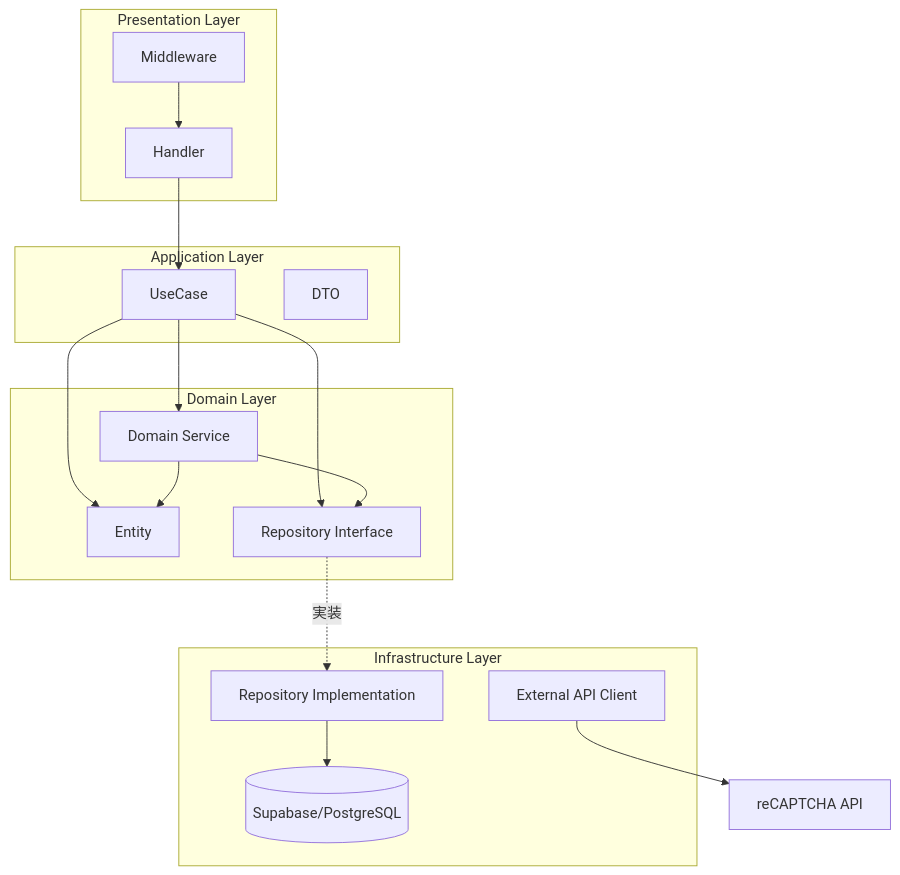
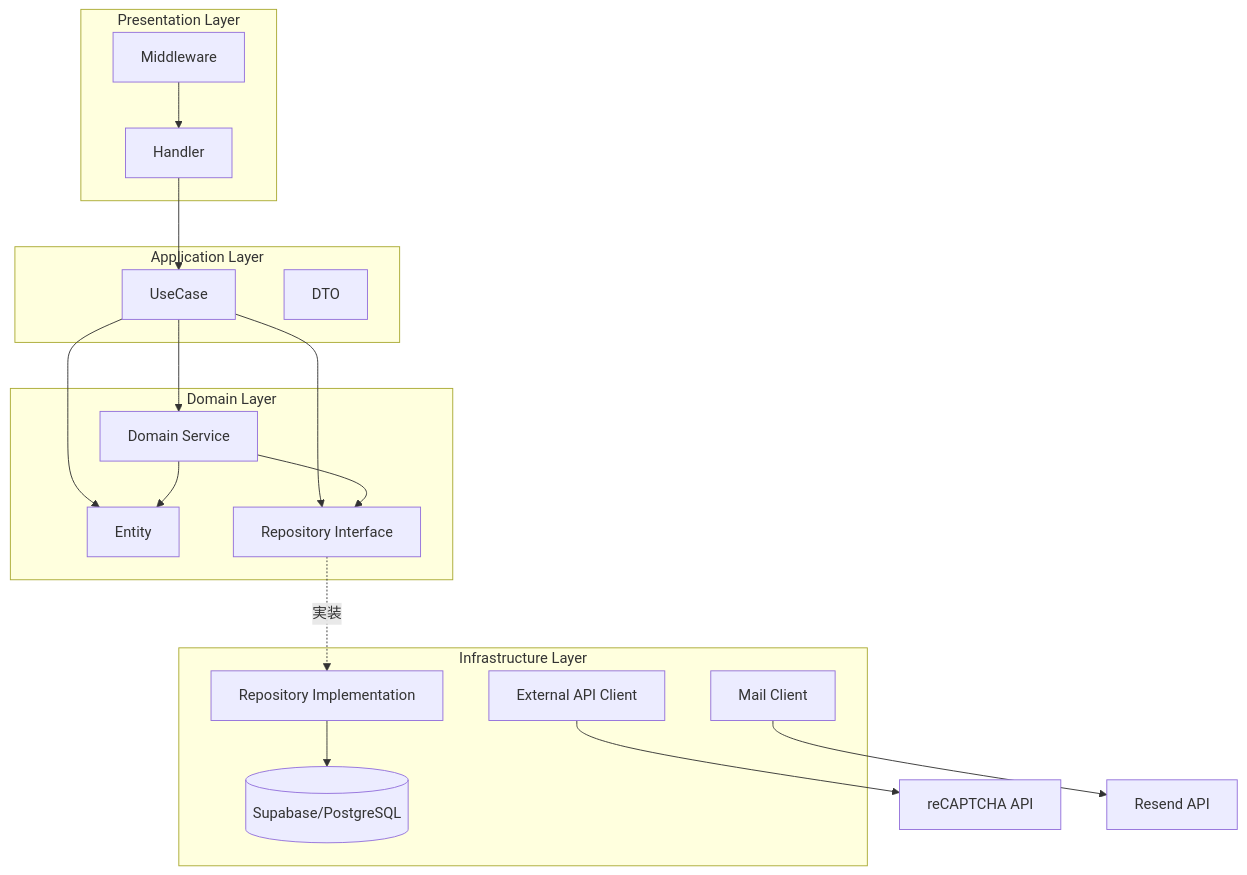
One commit to cergijame101007/satehits changed the first of 3 diagrams in docs/architecture.md. Above: the diagram before and after it, drawn with Mermaid. The commit also changed other lines of this file and 43 other files, not shown here.

````diff
--- a/docs/architecture.md
+++ b/docs/architecture.md
@@ -32,35 +140,37 @@
 ```mermaid
 graph TB
     subgraph Presentation Layer
         Handler[Handler]
         Middleware[Middleware]
     end
 
     subgraph Application Layer
         UseCase[UseCase]
         DTO[DTO]
     end
 
     subgraph Domain Layer
         Entity[Entity]
         DomainService[Domain Service]
         RepoInterface[Repository Interface]
     end
 
     subgraph Infrastructure Layer
         RepoImpl[Repository Implementation]
         ExternalAPI[External API Client]
+        MailClient[Mail Client]
         DB[(Supabase/PostgreSQL)]
     end
 
     Handler --> UseCase
     Middleware --> Handler
     UseCase --> DomainService
     UseCase --> RepoInterface
     UseCase --> Entity
     DomainService --> Entity
     DomainService --> RepoInterface
     RepoInterface -.->|実装| RepoImpl
     RepoImpl --> DB
     ExternalAPI --> reCAPTCHA[reCAPTCHA API]
+    MailClient --> ResendAPI[Resend API]
 ```
````
